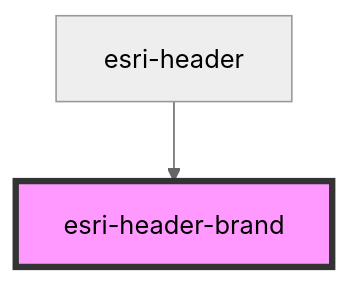
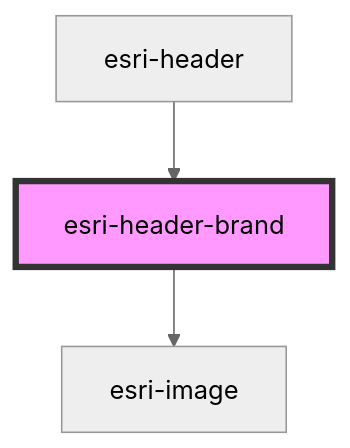
The diagram in src/components/esri-header-brand/readme.md (Esri/global-nav), drawn with Mermaid (neutral theme) before and after one commit. The commit also changed other lines of this file and 15 other files, not shown here.

````diff
--- a/src/components/esri-header-brand/readme.md
+++ b/src/components/esri-header-brand/readme.md
@@ -36,5 +32,6 @@
 ```mermaid
 graph TD;
+  esri-header-brand --> esri-image
   esri-header --> esri-header-brand
   style esri-header-brand fill:#f9f,stroke:#333,stroke-width:4px
 ```
````
